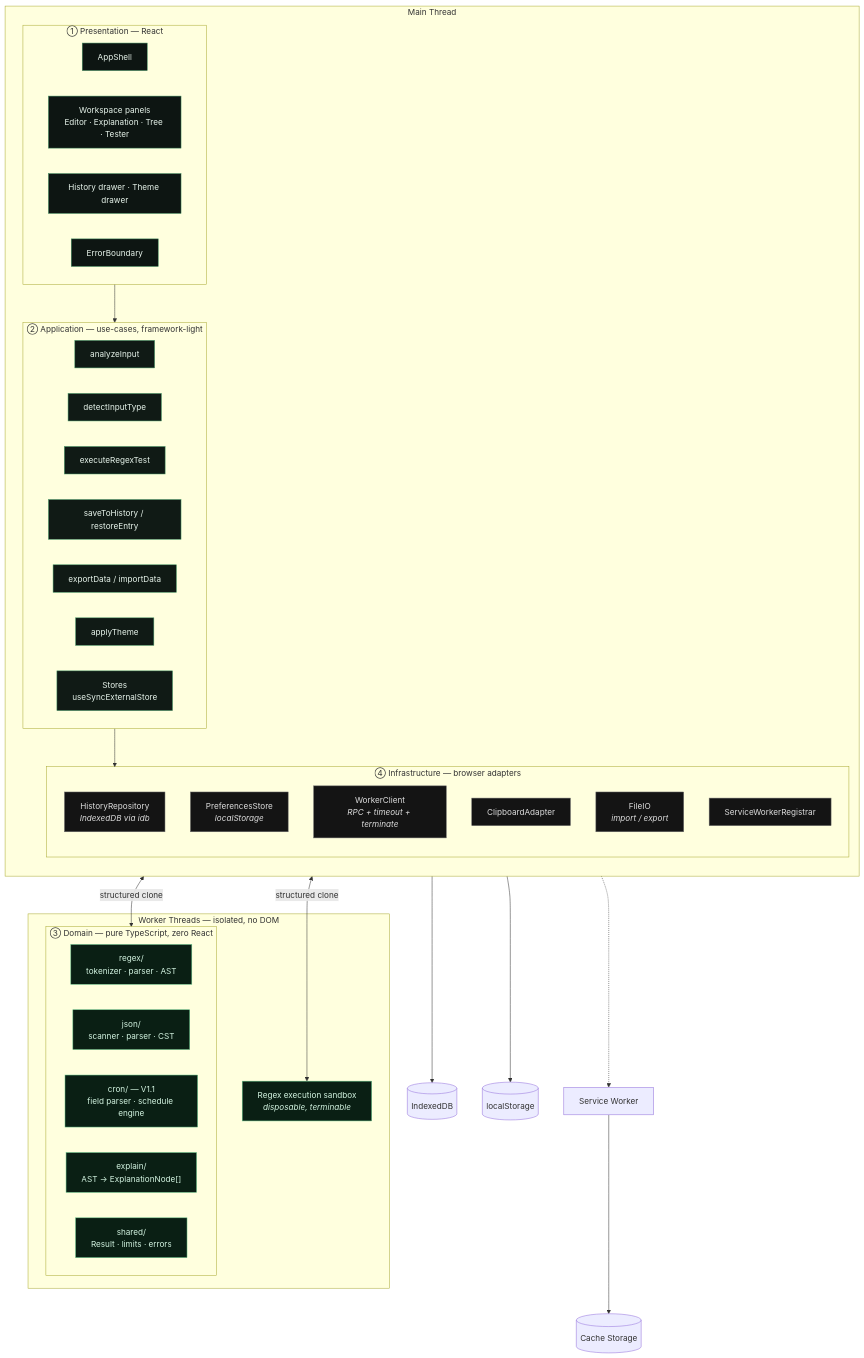
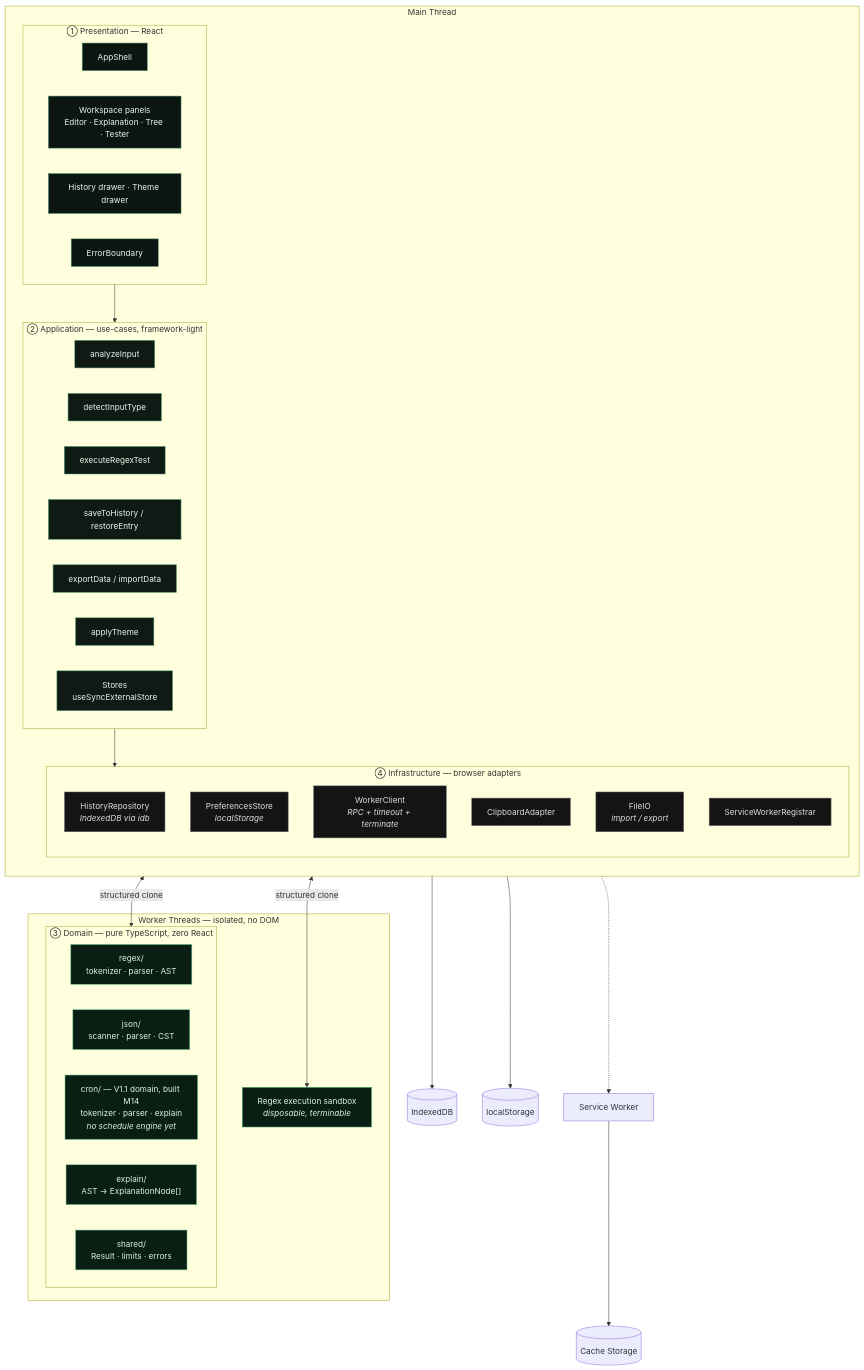
Before and after one commit to theunknown107/syntaxlab: the second of 16 diagrams in docs/02_ARCHITECTURE.md, drawn with Mermaid. The commit also changed other lines of this file and 16 other files, not shown here.

First line of the commit message:
docs(cron): synchronize V1.1 architecture with what M14 actually built

````diff
--- a/docs/02_ARCHITECTURE.md
+++ b/docs/02_ARCHITECTURE.md
@@ -78,61 +78,61 @@
 ```mermaid
 graph TB
     subgraph Main["Main Thread"]
         direction TB
 
         subgraph P["① Presentation — React"]
             Shell["AppShell"]
             Panels["Workspace panels<br/>Editor · Explanation · Tree · Tester"]
             Drawers["History drawer · Theme drawer"]
             EB["ErrorBoundary"]
         end
 
         subgraph A["② Application — use-cases, framework-light"]
             UC1["analyzeInput"]
             UC2["detectInputType"]
             UC3["executeRegexTest"]
             UC4["saveToHistory / restoreEntry"]
             UC5["exportData / importData"]
             UC6["applyTheme"]
             Stores["Stores<br/>useSyncExternalStore"]
         end
 
         subgraph I["④ Infrastructure — browser adapters"]
             Repo["HistoryRepository<br/><i>IndexedDB via idb</i>"]
             Prefs["PreferencesStore<br/><i>localStorage</i>"]
             WClient["WorkerClient<br/><i>RPC + timeout + terminate</i>"]
             Clip["ClipboardAdapter"]
             FileIO["FileIO<br/><i>import / export</i>"]
             SWReg["ServiceWorkerRegistrar"]
         end
     end
 
     subgraph WT["Worker Threads — isolated, no DOM"]
         subgraph D["③ Domain — pure TypeScript, zero React"]
             RX["regex/<br/>tokenizer · parser · AST"]
             JS["json/<br/>scanner · parser · CST"]
-            CR["cron/ — V1.1<br/>field parser · schedule engine"]
+            CR["cron/ — V1.1 domain, built M14<br/>tokenizer · parser · explain<br/><i>no schedule engine yet</i>"]
             EX["explain/<br/>AST → ExplanationNode[]"]
             SH["shared/<br/>Result · limits · errors"]
         end
         Exec["Regex execution sandbox<br/><i>disposable, terminable</i>"]
     end
 
     P --> A
     A --> I
     WClient <-->|structured clone| D
     WClient <-->|structured clone| Exec
     Repo --> IDBs[("IndexedDB")]
     Prefs --> LSs[("localStorage")]
     SWReg -.-> SWx["Service Worker"]
     SWx --> CSs[("Cache Storage")]
 
     classDef pres fill:#0d1512,stroke:#3d8b5f,color:#e8f5ec
     classDef app fill:#101a15,stroke:#4a9d6b,color:#e8f5ec
     classDef dom fill:#0a1f14,stroke:#5fbf85,color:#d4f5e2
     classDef inf fill:#141414,stroke:#666,color:#ddd
     class Shell,Panels,Drawers,EB pres
     class UC1,UC2,UC3,UC4,UC5,UC6,Stores app
     class RX,JS,CR,EX,SH,Exec dom
     class Repo,Prefs,WClient,Clip,FileIO,SWReg inf
 ```
````
